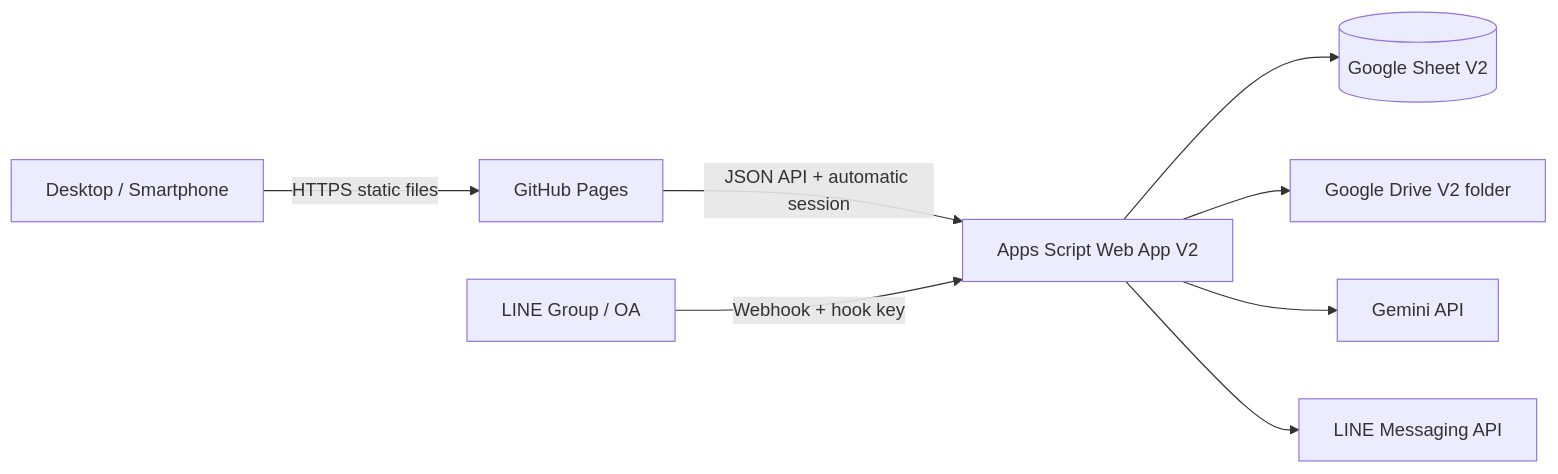
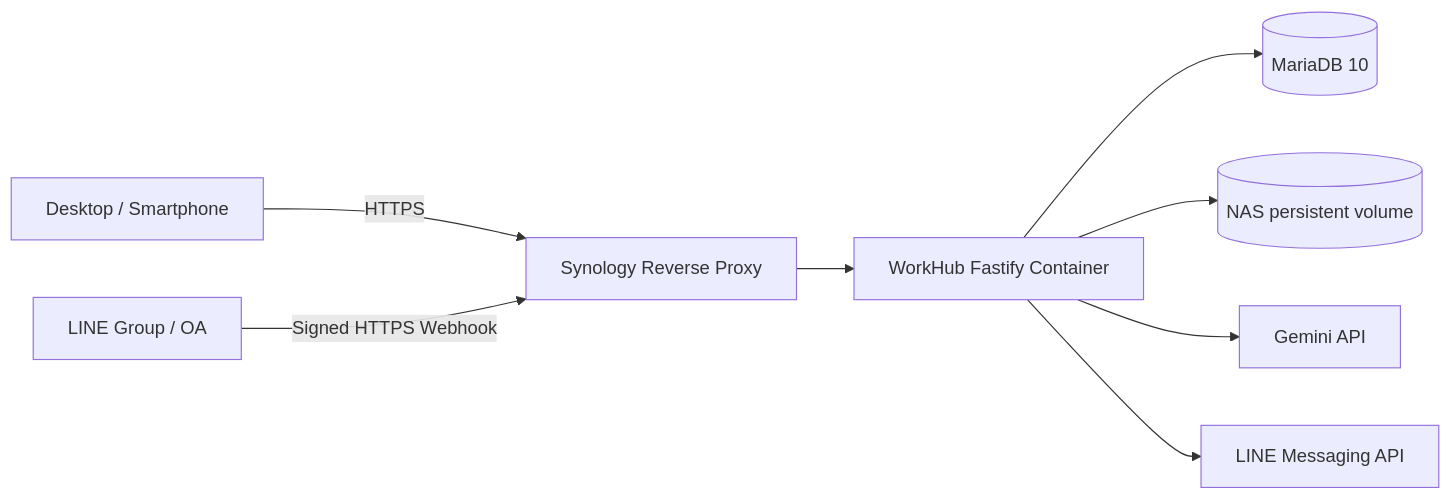
The diagram in ARCHITECTURE.md (alphaphius/line-expense-app-v2), drawn with Mermaid before and after one commit. The commit also changed other lines of this file and 13 other files, not shown here.

Commit message:
feat: add NAS LINE webhook integration

````diff
--- a/ARCHITECTURE.md
+++ b/ARCHITECTURE.md
@@ -3,10 +3,10 @@
 ```mermaid
 flowchart LR
-  U[Desktop / Smartphone] -->|HTTPS static files| GH[GitHub Pages]
-  GH -->|JSON API + automatic session| GAS[Apps Script Web App V2]
-  L[LINE Group / OA] -->|Webhook + hook key| GAS
-  GAS --> S[(Google Sheet V2)]
-  GAS --> D[Google Drive V2 folder]
-  GAS --> G[Gemini API]
-  GAS --> LA[LINE Messaging API]
+  U[Desktop / Smartphone] -->|HTTPS| RP[Synology Reverse Proxy]
+  L[LINE Group / OA] -->|Signed HTTPS Webhook| RP
+  RP --> W[WorkHub Fastify Container]
+  W --> M[(MariaDB 10)]
+  W --> F[(NAS persistent volume)]
+  W --> G[Gemini API]
+  W --> LA[LINE Messaging API]
 ```
````
